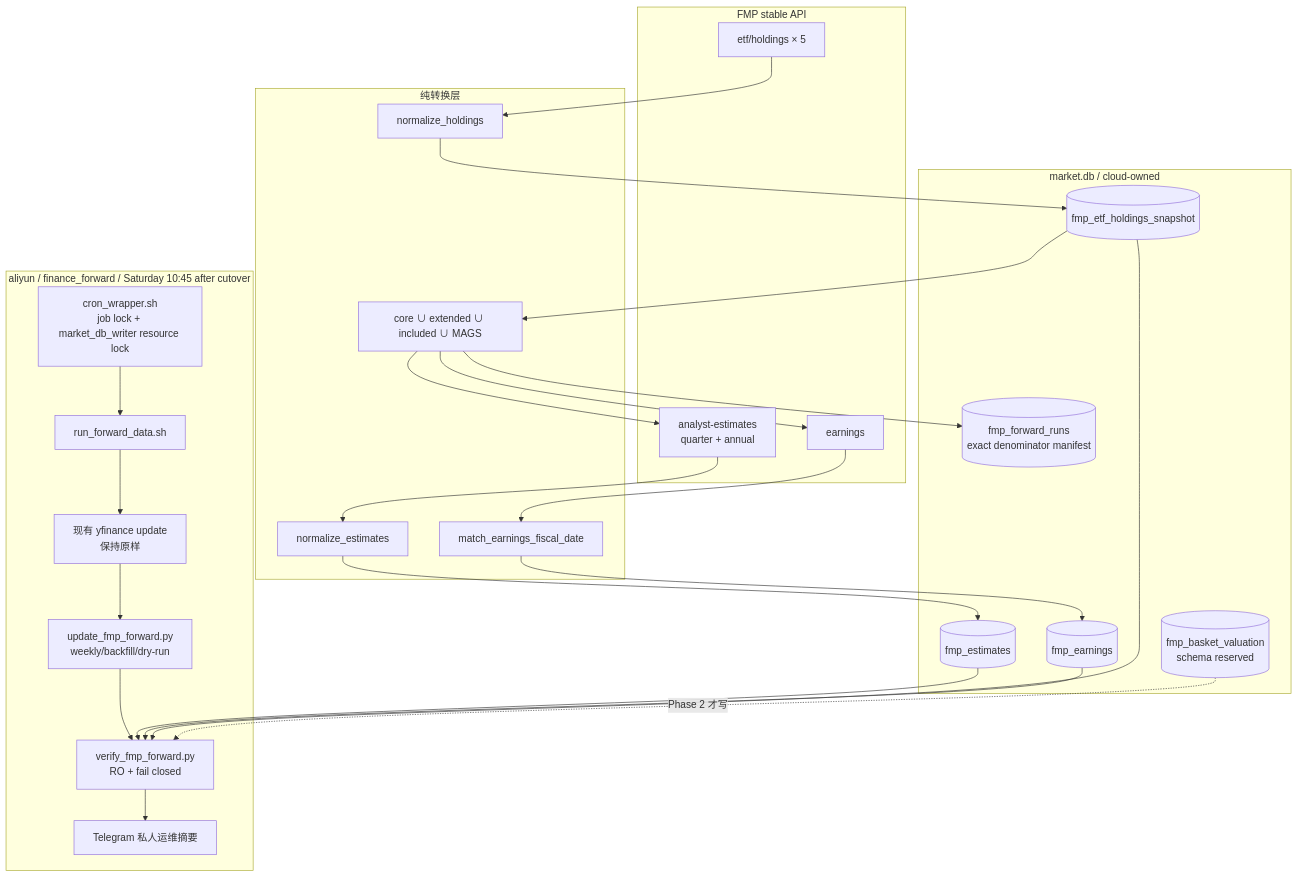
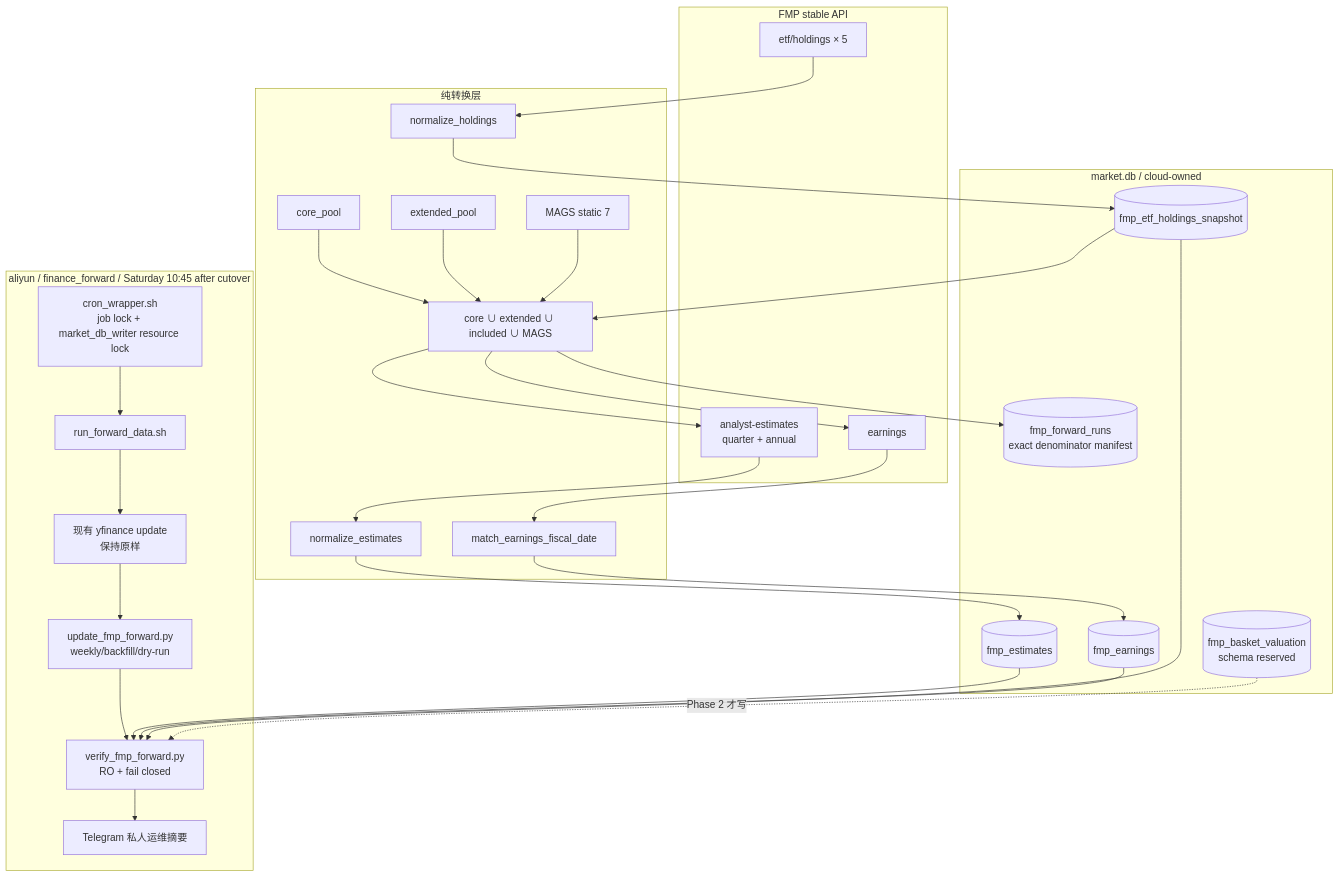
The first of 3 diagrams in docs/plans/2026-07-11-fmp-forward-eps-data-layer.md (owenliang60-ship-it/finance), drawn with Mermaid before and after one commit. The commit also changed other lines of this file and 1 other file, not shown here.

````diff
--- a/docs/plans/2026-07-11-fmp-forward-eps-data-layer.md
+++ b/docs/plans/2026-07-11-fmp-forward-eps-data-layer.md
@@ -41,40 +42,44 @@
 ```mermaid
 flowchart TB
     subgraph Cloud["aliyun / finance_forward / Saturday 10:45 after cutover"]
         CW["cron_wrapper.sh<br/>job lock + market_db_writer resource lock"]
         YF["现有 yfinance update<br/>保持原样"]
         RF["run_forward_data.sh"]
         UF["update_fmp_forward.py<br/>weekly/backfill/dry-run"]
         V["verify_fmp_forward.py<br/>RO + fail closed"]
         TG["Telegram 私人运维摘要"]
         CW --> RF --> YF --> UF --> V --> TG
     end
 
     subgraph API["FMP stable API"]
         H["etf/holdings × 5"]
         E["analyst-estimates<br/>quarter + annual"]
         A["earnings"]
     end
 
     subgraph Pure["纯转换层"]
+        C["core_pool"]
+        X["extended_pool"]
+        M["MAGS static 7"]
         NH["normalize_holdings"]
         NE["normalize_estimates"]
         NA["match_earnings_fiscal_date"]
         U["core ∪ extended ∪ included ∪ MAGS"]
     end
 
     subgraph DB["market.db / cloud-owned"]
         T1[("fmp_estimates")]
         T2[("fmp_earnings")]
         T3[("fmp_etf_holdings_snapshot")]
         T4[("fmp_basket_valuation<br/>schema reserved")]
         T5[("fmp_forward_runs<br/>exact denominator manifest")]
     end
 
     H --> NH --> T3 --> U
+    C & X & M --> U
     U --> T5
     U --> E --> NE --> T1
     U --> A --> NA --> T2
     T1 & T2 & T3 --> V
     T4 -. "Phase 2 才写" .-> V
 ```
````
